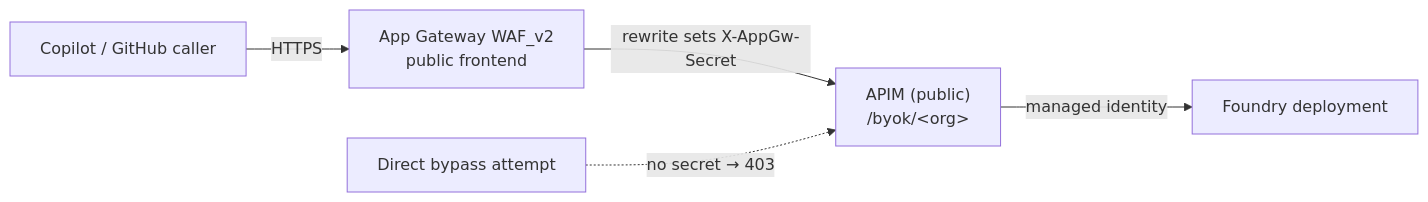
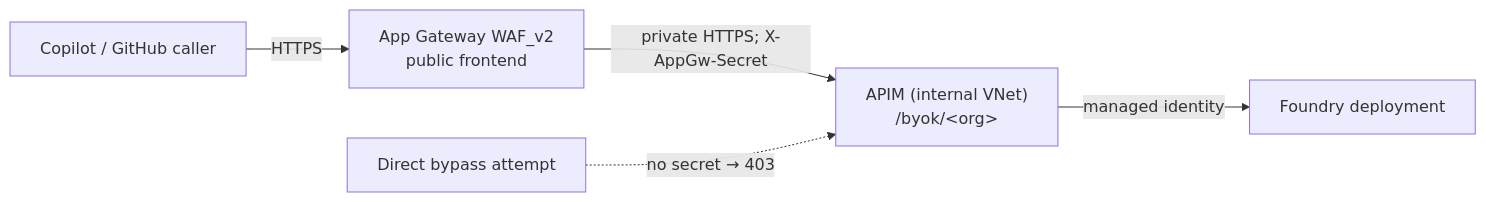
Before and after one commit to microsoft/GitHub-Copilot-BYOK-with-APIM: the third of 4 diagrams in docs/reference-architecture.md, drawn with Mermaid. The commit also changed other lines of this file and 13 other files, not shown here.

````diff
--- a/docs/reference-architecture.md
+++ b/docs/reference-architecture.md
@@ -195,7 +198,7 @@
 ```mermaid
 flowchart LR
     Caller["Copilot / GitHub caller"] -->|HTTPS| AGW["App Gateway WAF_v2<br/>public frontend"]
-    AGW -->|"rewrite sets X-AppGw-Secret"| APIM["APIM (public)<br/>/byok/&lt;org&gt;"]
+    AGW -->|"private HTTPS; X-AppGw-Secret"| APIM["APIM (internal VNet)<br/>/byok/&lt;org&gt;"]
     APIM -->|managed identity| Foundry["Foundry deployment"]
     Direct["Direct bypass attempt"] -. "no secret → 403" .-> APIM
 ```
````
